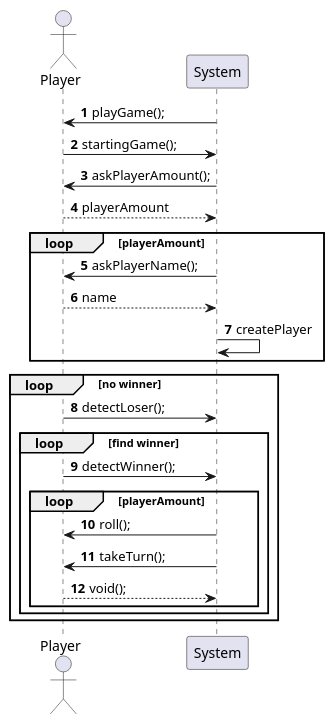
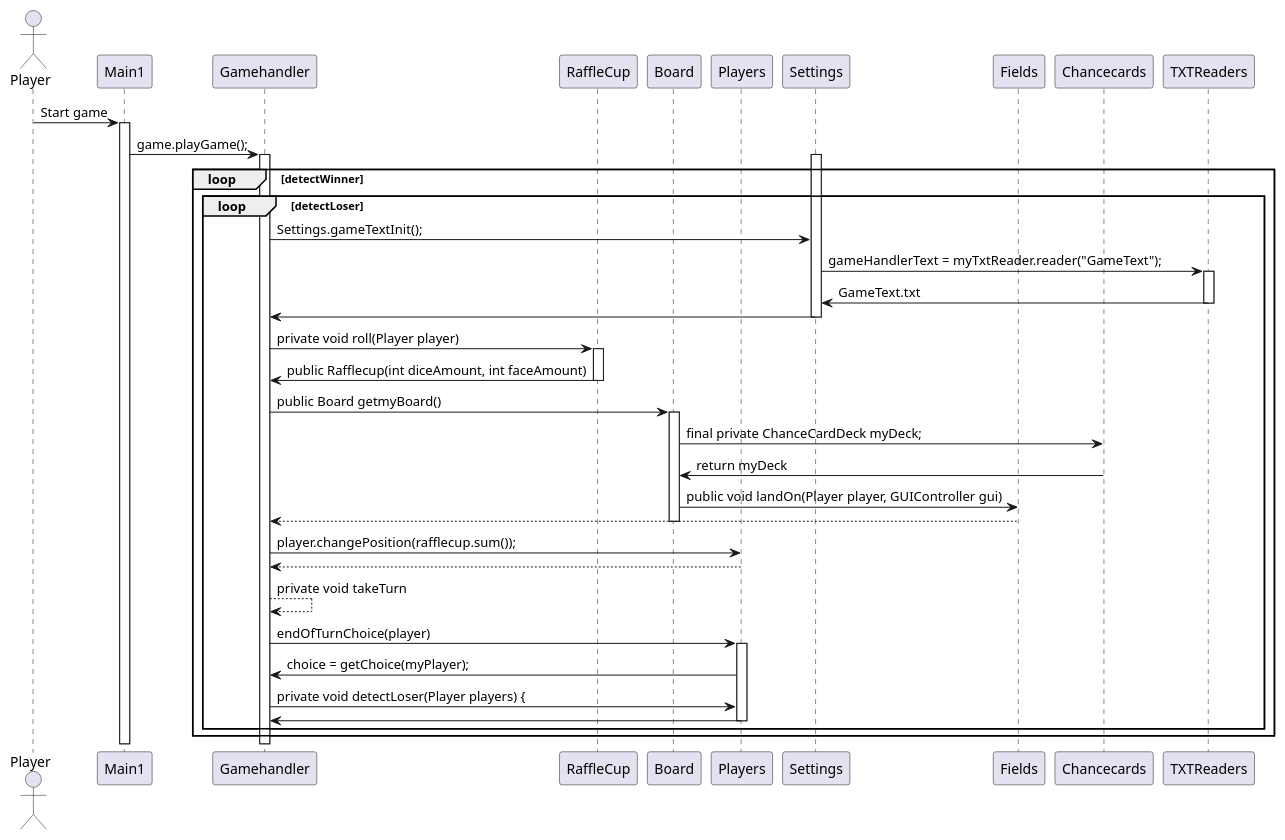
One commit to christianhyltoft/GAMEassignment changed the diagram in UML/SequenceDiagram.puml. Above: the diagram before and after it, drawn with PlantUML. The commit also changed 1 other file, not shown here.

Commit message:
Sequence Diagram done

```diff
--- a/UML/SequenceDiagram.puml
+++ b/UML/SequenceDiagram.puml
@@ -1,38 +1,57 @@
 @startuml
 'https://plantuml.com/sequence-diagram
 
-autonumber
 
-actor Player
-System -> Player: playGame();
-System <- Player: startingGame();
-System -> Player: askPlayerAmount();
-Player --> System: playerAmount
+Actor Player
+Player -> Main1 : Start game
+activate Main1
 
+Main1 -> Gamehandler : game.playGame();
+loop detectWinner
+loop detectLoser
+activate Gamehandler
+activate Settings
+Gamehandler -> Settings : Settings.gameTextInit();
+Settings -> TXTReaders : gameHandlerText = myTxtReader.reader("GameText");
+activate TXTReaders
 
-loop playerAmount
-System -> Player : askPlayerName();
-Player --> System: name
-System -> System: createPlayer
-end
+TXTReaders -> Settings : GameText.txt
+deactivate TXTReaders
+Settings -> Gamehandler
+deactivate Settings
+Gamehandler -> RaffleCup: private void roll(Player player)
+activate RaffleCup
+RaffleCup -> Gamehandler : public Rafflecup(int diceAmount, int faceAmount)
+deactivate RaffleCup
 
+Gamehandler -> Board :  public Board getmyBoard()
+activate Board
+Board -> Chancecards : final private ChanceCardDeck myDeck;
+Chancecards -> Board : return myDeck
+Board -> Fields : public void landOn(Player player, GUIController gui)
+Fields --> Gamehandler :
+deactivate Board
+Gamehandler -> Players : player.changePosition(rafflecup.sum());
+Players --> Gamehandler :
+Gamehandler --> Gamehandler : private void takeTurn
+Gamehandler -> Players :  endOfTurnChoice(player)
+activate Players
 
-loop no winner
-Player -> System: detectLoser();
+Players -> Gamehandler : choice = getChoice(myPlayer);
 
-
-loop find winner
-Player -> System: detectWinner();
-
-
-loop  playerAmount
-System -> Player: roll();
-System -> Player: takeTurn();
-Player --> System: void();
-
-
-end
+Gamehandler -> Players : private void detectLoser(Player players) {
+Players -> Gamehandler
+deactivate Players
 end
 end
 
+Participant RaffleCup
+Participant Board
+Participant Players
+Participant Settings
+Collections Fields
+Collections Chancecards
+Collections TXTReaders
+
+
 @enduml
```
